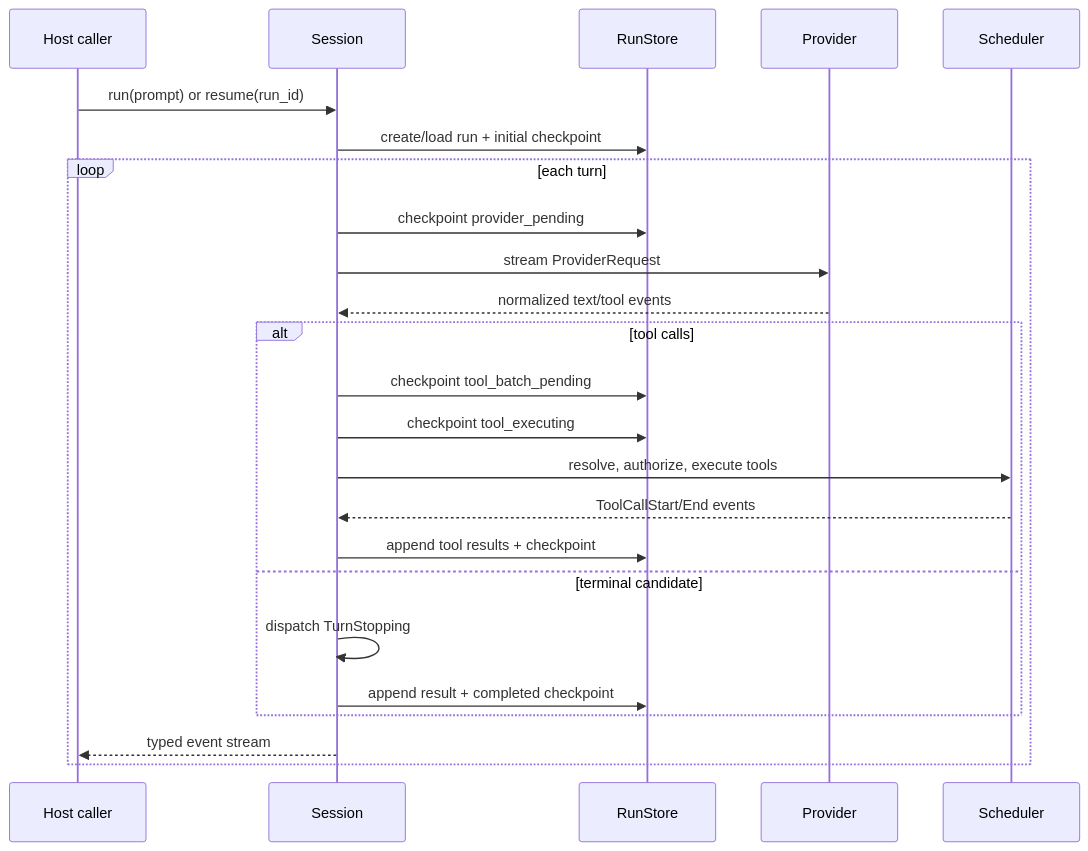
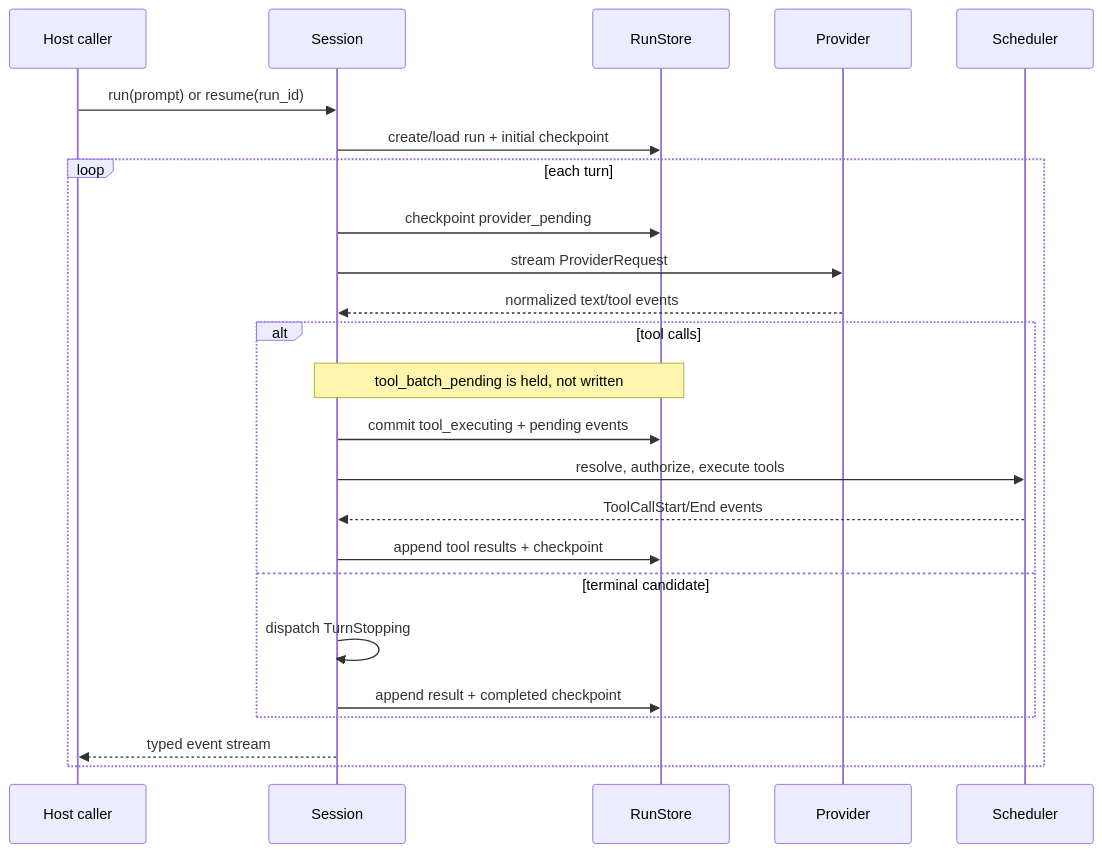
The first of 3 diagrams in docs/architecture/subsystems.md (DuyTa506/linch), drawn with Mermaid before and after one commit. The commit also changed 2 other files, not shown here.

Commit message:
Fix stale live subagent tests and the held-phase diagram
The background-worker and continue live tests built a plain Agent, which
no longer enables background subagents or worker tools by default; they
now opt in explicitly. The session sequence diagram still drew
tool_batch_pending as its own write, which group commit folds into the
tool_executing barrier.

Claude-Session: https://claude.ai/code/session_0122wtPtKBJbWQQsQK7tRLYU

````diff
--- a/docs/architecture/subsystems.md
+++ b/docs/architecture/subsystems.md
@@ -59,27 +59,27 @@
 ```mermaid
 sequenceDiagram
     participant Caller as Host caller
     participant S as Session
     participant R as RunStore
     participant P as Provider
     participant T as Scheduler
 
     Caller->>S: run(prompt) or resume(run_id)
     S->>R: create/load run + initial checkpoint
     loop each turn
         S->>R: checkpoint provider_pending
         S->>P: stream ProviderRequest
         P-->>S: normalized text/tool events
         alt tool calls
-            S->>R: checkpoint tool_batch_pending
-            S->>R: checkpoint tool_executing
+            Note over S,R: tool_batch_pending is held, not written
+            S->>R: commit tool_executing + pending events
             S->>T: resolve, authorize, execute tools
             T-->>S: ToolCallStart/End events
             S->>R: append tool results + checkpoint
         else terminal candidate
             S->>S: dispatch TurnStopping
             S->>R: append result + completed checkpoint
         end
         S-->>Caller: typed event stream
     end
 ```
````
